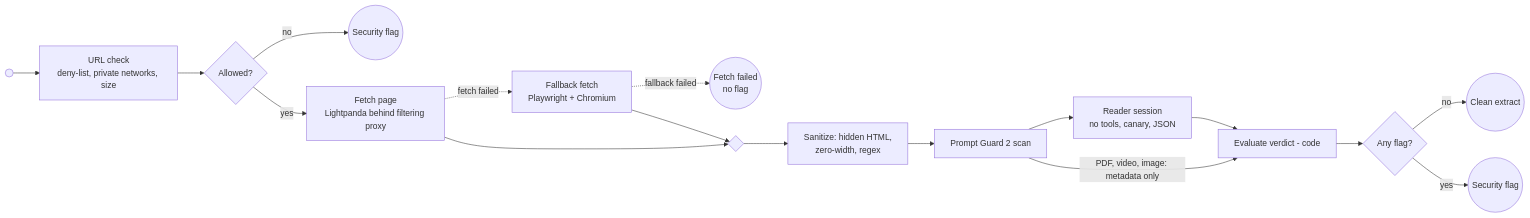
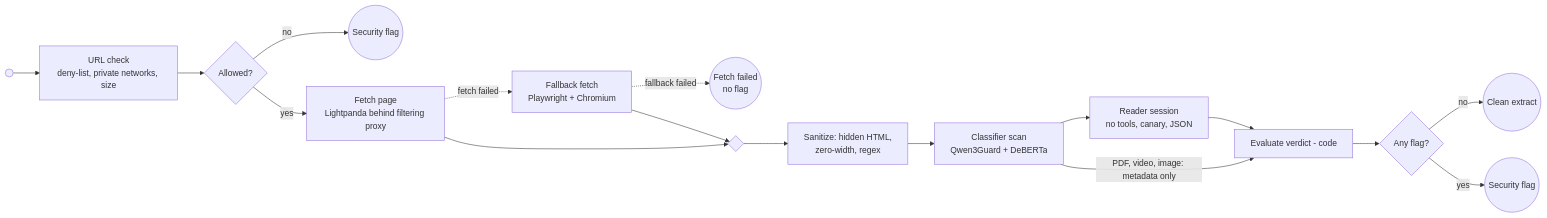
The diagram in docs/process/secure-fetch.md (zskreisz01/pkpipe), drawn with Mermaid before and after one commit. The commit also changed other lines of this file and 113 other files, not shown here.

First line of the commit message:
feat(security): output guard and quarantine with Qwen3Guard + DeBERTa classifiers (T001-T007, T010)

````diff
--- a/docs/process/secure-fetch.md
+++ b/docs/process/secure-fetch.md
@@ -12,14 +12,14 @@
 ```mermaid
 flowchart LR
     s(( )) --> url[URL check<br/>deny-list, private networks, size] --> g1{Allowed?}
     g1 -- no --> f1((Security flag))
     g1 -- yes --> fe[Fetch page<br/>Lightpanda behind filtering proxy]
     fe -. fetch failed .-> fb[Fallback fetch<br/>Playwright + Chromium]
     fb -. fallback failed .-> ff((Fetch failed<br/>no flag))
     fe --> gm{ }
     fb --> gm
-    gm --> cl[Sanitize: hidden HTML,<br/>zero-width, regex] --> pg[Prompt Guard 2 scan] --> rd[Reader session<br/>no tools, canary, JSON] --> vd[Evaluate verdict - code] --> g2{Any flag?}
+    gm --> cl[Sanitize: hidden HTML,<br/>zero-width, regex] --> pg[Classifier scan<br/>Qwen3Guard + DeBERTa] --> rd[Reader session<br/>no tools, canary, JSON] --> vd[Evaluate verdict - code] --> g2{Any flag?}
     pg -- PDF, video, image: metadata only --> vd
     g2 -- no --> ok((Clean extract))
     g2 -- yes --> f2((Security flag))
 ```
````
